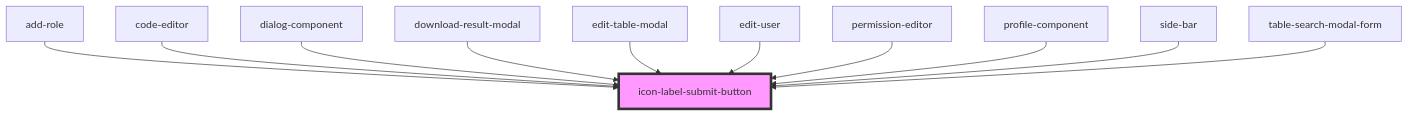
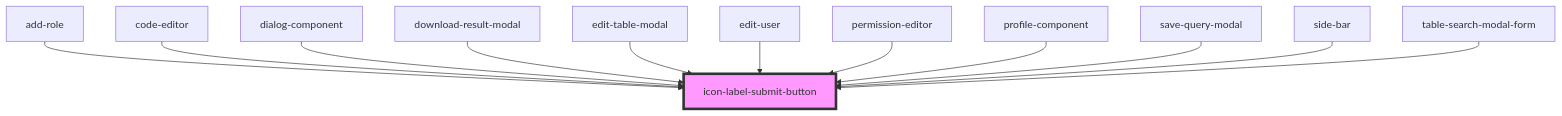
One commit to techvariable/NeptuneConnectComponents changed the diagram in src/components/common/buttons/icon-label-submit-button/readme.md. Above: the diagram before and after it, drawn with Mermaid. The commit also changed other lines of this file and 14 other files, not shown here.

Commit message:
query save feature completed

````diff
--- a/src/components/common/buttons/icon-label-submit-button/readme.md
+++ b/src/components/common/buttons/icon-label-submit-button/readme.md
@@ -42,14 +43,15 @@
 ```mermaid
 graph TD;
   add-role --> icon-label-submit-button
   code-editor --> icon-label-submit-button
   dialog-component --> icon-label-submit-button
   download-result-modal --> icon-label-submit-button
   edit-table-modal --> icon-label-submit-button
   edit-user --> icon-label-submit-button
   permission-editor --> icon-label-submit-button
   profile-component --> icon-label-submit-button
+  save-query-modal --> icon-label-submit-button
   side-bar --> icon-label-submit-button
   table-search-modal-form --> icon-label-submit-button
   style icon-label-submit-button fill:#f9f,stroke:#333,stroke-width:4px
 ```
````
